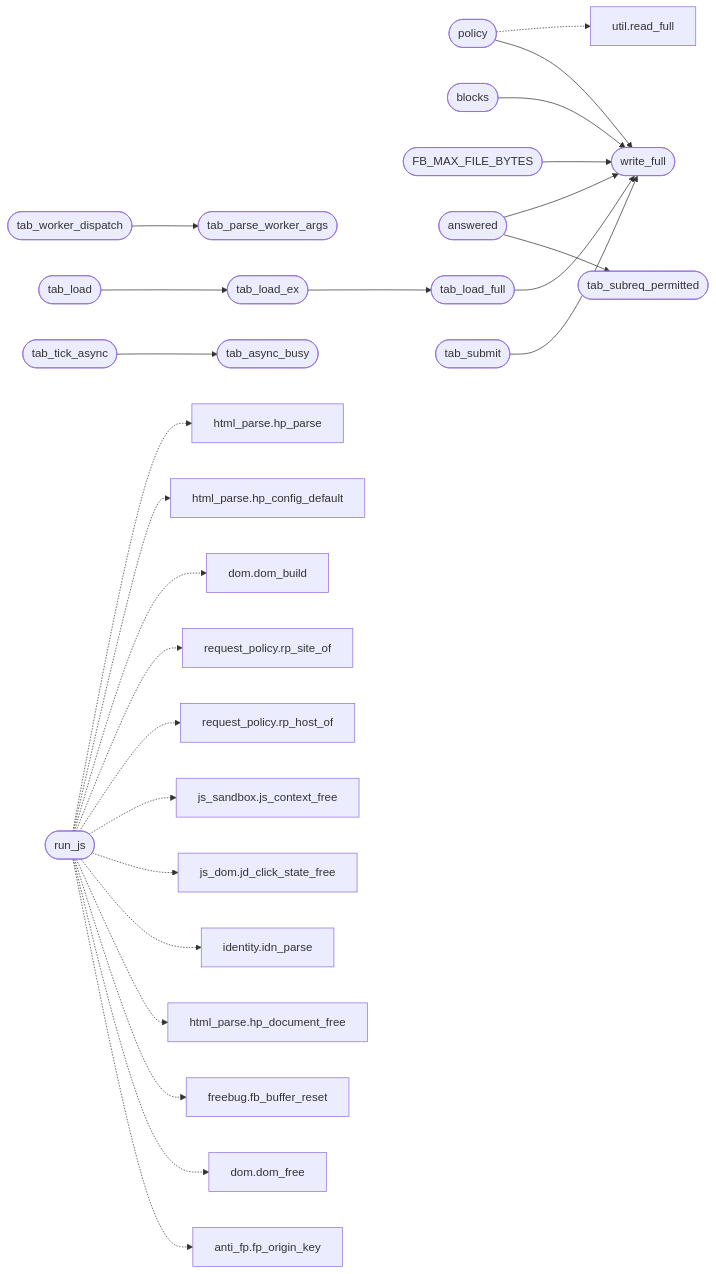
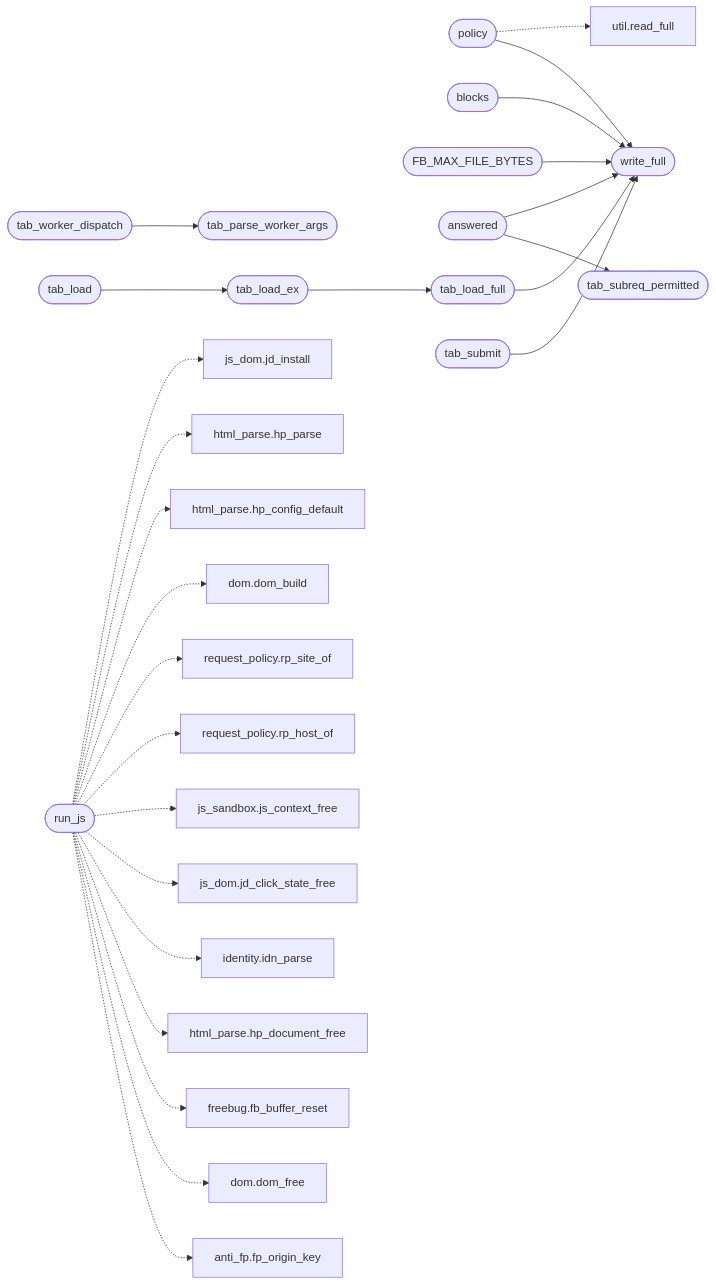
The second of 2 diagrams in readmenator-apidocs/modules/src.tab.c.md (grisuno/FreeDom), drawn with Mermaid before and after one commit. The commit also changed other lines of this file and 156 other files, not shown here.

````diff
--- a/readmenator-apidocs/modules/src.tab.c.md
+++ b/readmenator-apidocs/modules/src.tab.c.md
@@ -27,55 +27,54 @@
 ```mermaid
 flowchart LR
     n_src_tab_c__policy(["policy"])
     n_src_tab_c__write_full(["write_full"])
     n_src_tab_c__blocks(["blocks"])
     n_src_tab_c__FB_MAX_FILE_BYTES(["FB_MAX_FILE_BYTES"])
     n_src_tab_c__tab_worker_dispatch(["tab_worker_dispatch"])
     n_src_tab_c__tab_parse_worker_args(["tab_parse_worker_args"])
     n_src_tab_c__answered(["answered"])
     n_src_tab_c__tab_subreq_permitted(["tab_subreq_permitted"])
     n_src_tab_c__tab_load(["tab_load"])
     n_src_tab_c__tab_load_ex(["tab_load_ex"])
     n_src_tab_c__tab_load_full(["tab_load_full"])
     n_src_tab_c__tab_submit(["tab_submit"])
-    n_src_tab_c__tab_tick_async(["tab_tick_async"])
-    n_src_tab_c__tab_async_busy(["tab_async_busy"])
     n_include_util_h__read_full["util.read_full"]
     n_src_tab_c__run_js(["run_js"])
     n_include_anti_fp_h__fp_origin_key["anti_fp.fp_origin_key"]
     n_include_dom_h__dom_free["dom.dom_free"]
     n_include_freebug_h__fb_buffer_reset["freebug.fb_buffer_reset"]
     n_include_html_parse_h__hp_document_free["html_parse.hp_document_free"]
     n_include_identity_h__idn_parse["identity.idn_parse"]
     n_include_js_dom_h__jd_click_state_free["js_dom.jd_click_state_free"]
     n_include_js_sandbox_h__js_context_free["js_sandbox.js_context_free"]
     n_include_request_policy_h__rp_host_of["request_policy.rp_host_of"]
     n_include_request_policy_h__rp_site_of["request_policy.rp_site_of"]
     n_src_dom_c__dom_build["dom.dom_build"]
     n_src_html_parse_c__hp_config_default["html_parse.hp_config_default"]
     n_src_html_parse_c__hp_parse["html_parse.hp_parse"]
+    n_src_js_dom_c__jd_install["js_dom.jd_install"]
     n_src_tab_c__policy --> n_src_tab_c__write_full
     n_src_tab_c__blocks --> n_src_tab_c__write_full
     n_src_tab_c__FB_MAX_FILE_BYTES --> n_src_tab_c__write_full
     n_src_tab_c__tab_worker_dispatch --> n_src_tab_c__tab_parse_worker_args
     n_src_tab_c__answered --> n_src_tab_c__tab_subreq_permitted
     n_src_tab_c__answered --> n_src_tab_c__write_full
     n_src_tab_c__tab_load --> n_src_tab_c__tab_load_ex
     n_src_tab_c__tab_load_ex --> n_src_tab_c__tab_load_full
     n_src_tab_c__tab_load_full --> n_src_tab_c__write_full
     n_src_tab_c__tab_submit --> n_src_tab_c__write_full
-    n_src_tab_c__tab_tick_async --> n_src_tab_c__tab_async_busy
     n_src_tab_c__policy -.-> n_include_util_h__read_full
     n_src_tab_c__run_js -.-> n_include_anti_fp_h__fp_origin_key
     n_src_tab_c__run_js -.-> n_include_dom_h__dom_free
     n_src_tab_c__run_js -.-> n_include_freebug_h__fb_buffer_reset
     n_src_tab_c__run_js -.-> n_include_html_parse_h__hp_document_free
     n_src_tab_c__run_js -.-> n_include_identity_h__idn_parse
     n_src_tab_c__run_js -.-> n_include_js_dom_h__jd_click_state_free
     n_src_tab_c__run_js -.-> n_include_js_sandbox_h__js_context_free
     n_src_tab_c__run_js -.-> n_include_request_policy_h__rp_host_of
     n_src_tab_c__run_js -.-> n_include_request_policy_h__rp_site_of
     n_src_tab_c__run_js -.-> n_src_dom_c__dom_build
     n_src_tab_c__run_js -.-> n_src_html_parse_c__hp_config_default
     n_src_tab_c__run_js -.-> n_src_html_parse_c__hp_parse
+    n_src_tab_c__run_js -.-> n_src_js_dom_c__jd_install
 ```
````
